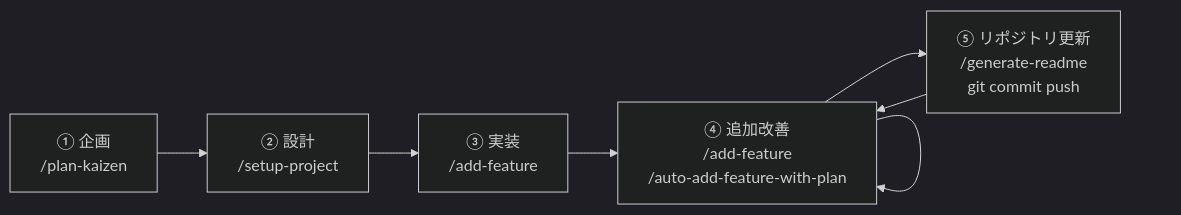
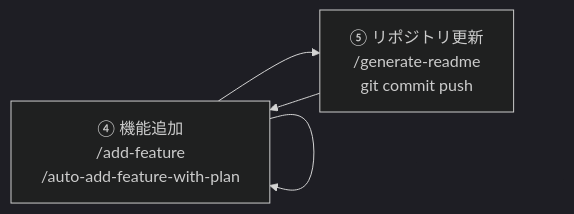
Before and after one commit to snagisurf-tyt/daily-select-ver3: the third of 4 diagrams in README.md, drawn with Mermaid (dark theme). The commit also changed other lines of this file, not shown here.

First line of the commit message:
docs: 開発ワークフローを「初回実装」「機能追加」の2セクションに分割

````diff
--- a/README.md
+++ b/README.md
@@ -65,9 +121,6 @@
 ```mermaid
 flowchart LR
-    A["① 企画\n/plan-kaizen"] --> B["② 設計\n/setup-project"]
-    B --> C["③ 実装\n/add-feature"]
-    C --> D["④ 追加改善\n/add-feature\n/auto-add-feature-with-plan"]
-    D --> D
-    D --> E["⑤ リポジトリ更新\n/generate-readme\ngit commit push"]
-    E --> D
+    A["④ 機能追加\n/add-feature\n/auto-add-feature-with-plan"] --> A
+    A --> B["⑤ リポジトリ更新\n/generate-readme\ngit commit push"]
+    B --> A
 ```
````
